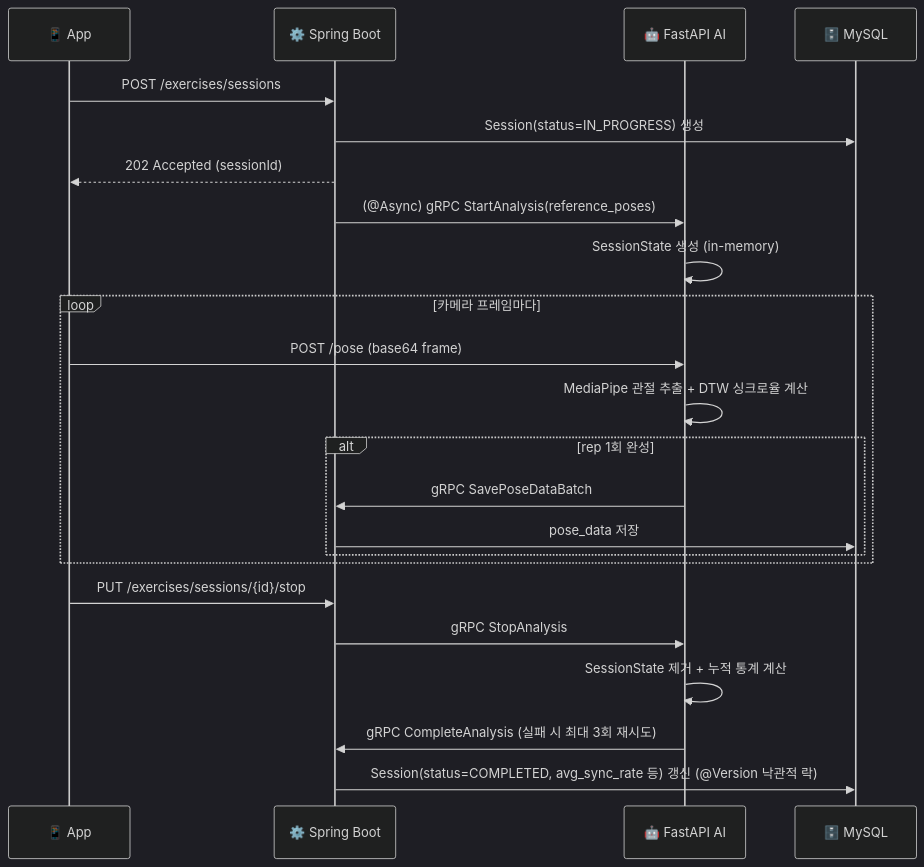
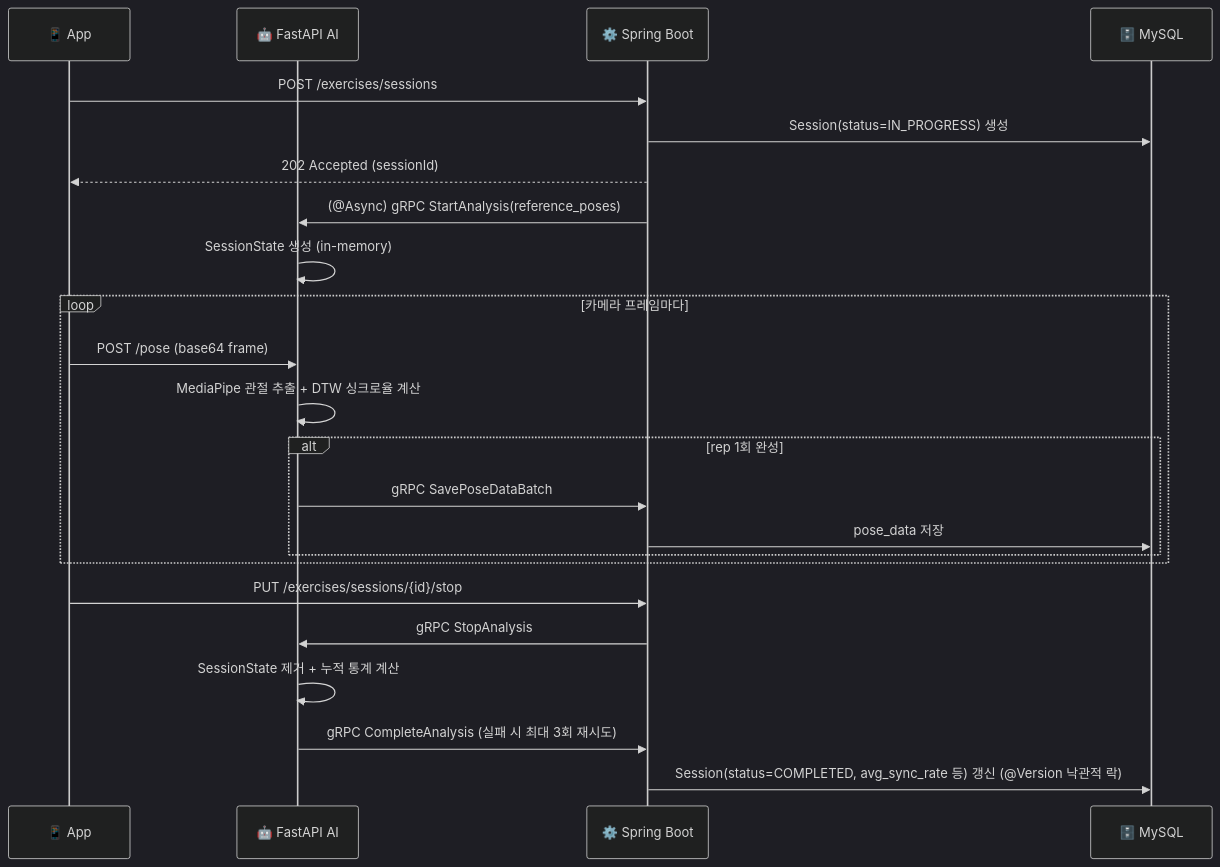
The second of 2 diagrams in profile/README.md (Shadowfit/.github), drawn with Mermaid (dark theme) before and after one commit. The commit also changed other lines of this file, not shown here.

First line of the commit message:
docs: 아키텍처/시퀀스 다이어그램 참여자 순서·레이블 정리

````diff
--- a/profile/README.md
+++ b/profile/README.md
@@ -49,28 +47,28 @@
 ```mermaid
 sequenceDiagram
     participant FE as 📱 App
+    participant AI as 🤖 FastAPI AI
     participant BE as ⚙️ Spring Boot
-    participant AI as 🤖 FastAPI AI
     participant DB as 🗄️ MySQL
 
     FE->>BE: POST /exercises/sessions
     BE->>DB: Session(status=IN_PROGRESS) 생성
     BE-->>FE: 202 Accepted (sessionId)
     BE->>AI: (@Async) gRPC StartAnalysis(reference_poses)
     AI->>AI: SessionState 생성 (in-memory)
 
     loop 카메라 프레임마다
         FE->>AI: POST /pose (base64 frame)
         AI->>AI: MediaPipe 관절 추출 + DTW 싱크로율 계산
         alt rep 1회 완성
             AI->>BE: gRPC SavePoseDataBatch
             BE->>DB: pose_data 저장
         end
     end
 
     FE->>BE: PUT /exercises/sessions/{id}/stop
     BE->>AI: gRPC StopAnalysis
     AI->>AI: SessionState 제거 + 누적 통계 계산
     AI->>BE: gRPC CompleteAnalysis (실패 시 최대 3회 재시도)
     BE->>DB: Session(status=COMPLETED, avg_sync_rate 등) 갱신 (@Version 낙관적 락)
 ```
````
